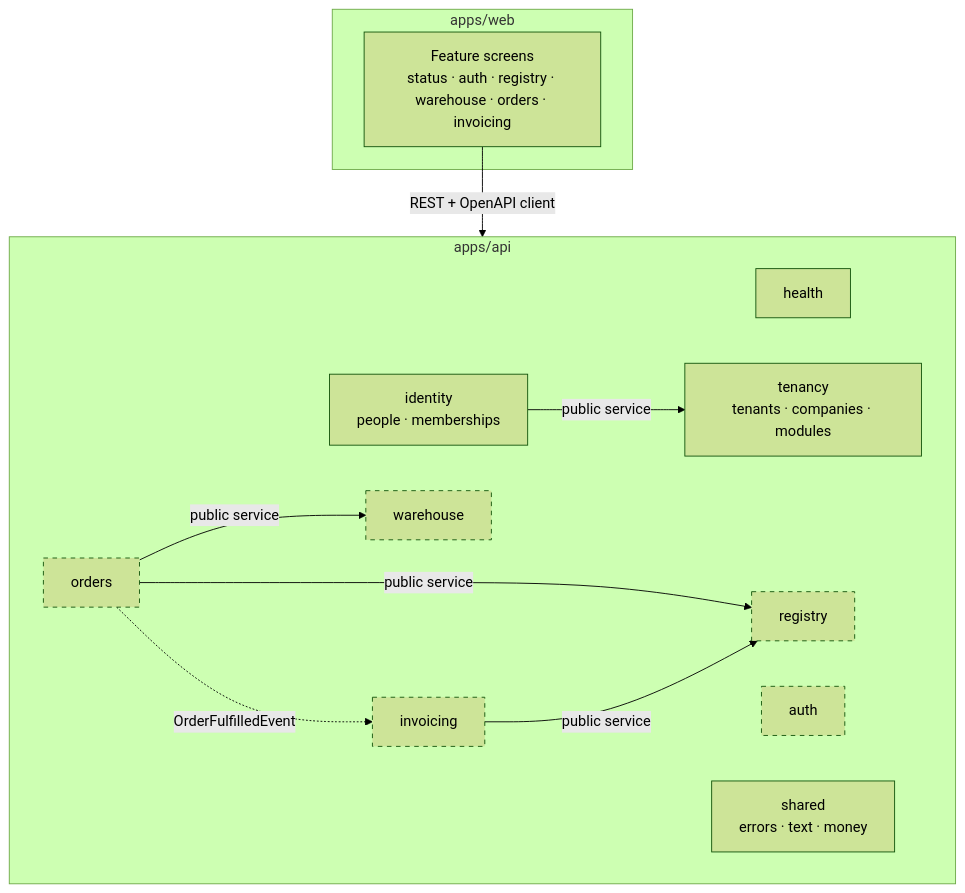
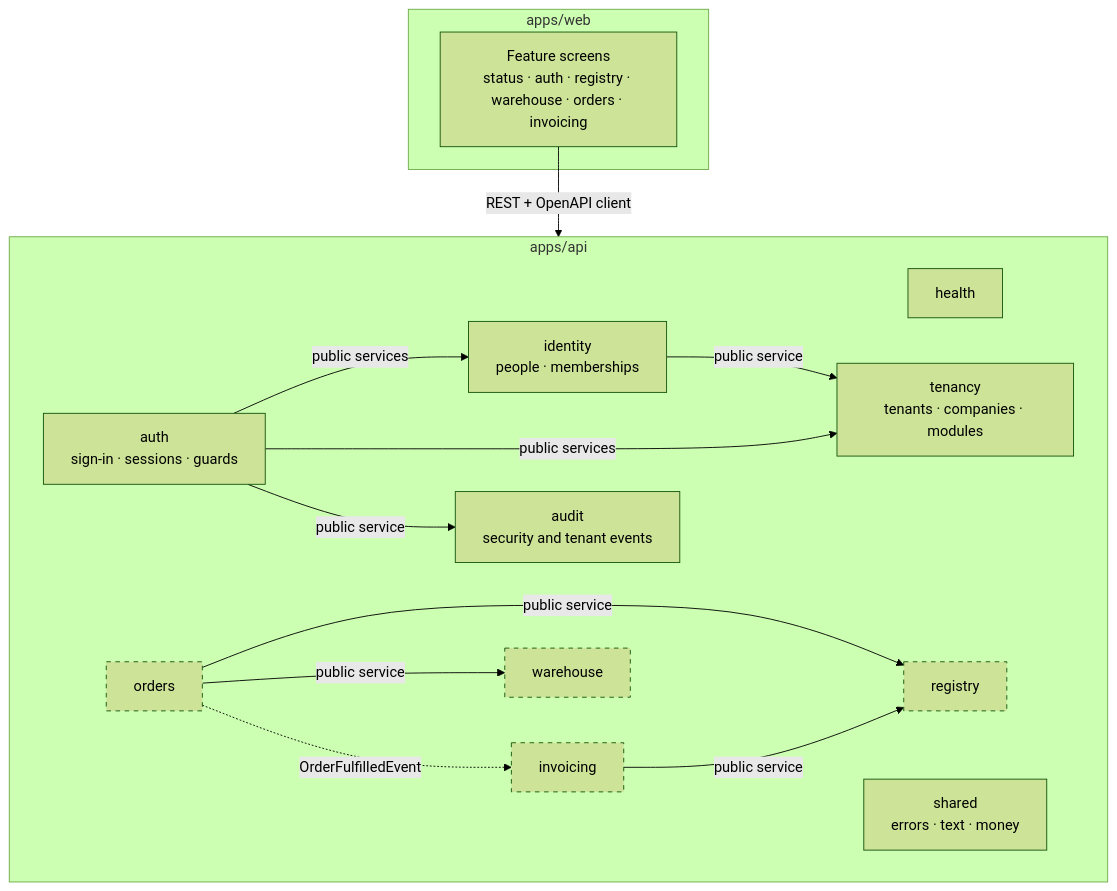
Before and after one commit to MicheleG14/mercurio: the sixth of 6 diagrams in docs/architecture.md, drawn with Mermaid (forest theme). The commit also changed other lines of this file and 13 other files, not shown here.

First line of the commit message:
docs: document sign-in, sessions, authorization and the audit log

````diff
--- a/docs/architecture.md
+++ b/docs/architecture.md
@@ -144,28 +193,32 @@
 ```mermaid
 flowchart TB
     subgraph web[apps/web]
         ui[Feature screens<br/>status · auth · registry · warehouse · orders · invoicing]
     end
 
     subgraph api[apps/api]
         health[health]
         tenancy[tenancy<br/>tenants · companies · modules]
         identity[identity<br/>people · memberships]
-        auth[auth]
+        auth[auth<br/>sign-in · sessions · guards]
+        audit[audit<br/>security and tenant events]
         registry[registry]
         warehouse[warehouse]
         orders[orders]
         invoicing[invoicing]
         shared[shared<br/>errors · text · money]
     end
 
     ui -- REST + OpenAPI client --> api
     identity -- public service --> tenancy
+    auth -- public services --> identity
+    auth -- public services --> tenancy
+    auth -- public service --> audit
     orders -- public service --> registry
     orders -- public service --> warehouse
     orders -. OrderFulfilledEvent .-> invoicing
     invoicing -- public service --> registry
 
     classDef planned stroke-dasharray: 5 5
-    class auth,registry,warehouse,orders,invoicing planned
+    class registry,warehouse,orders,invoicing planned
 ```
````
